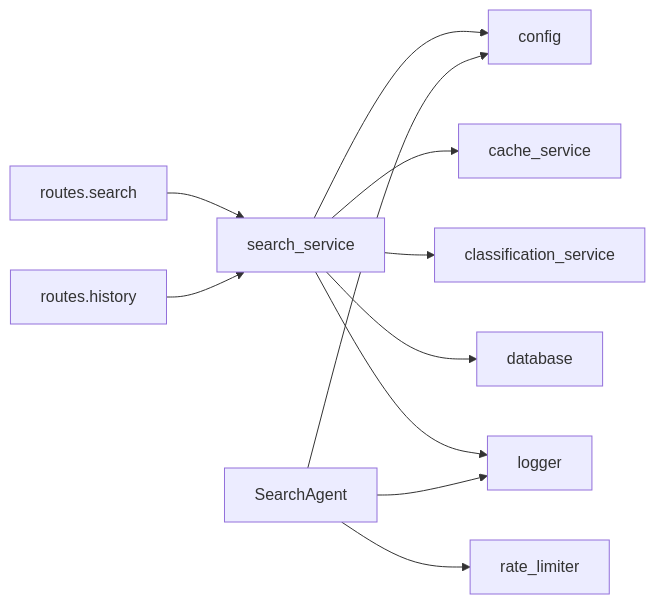
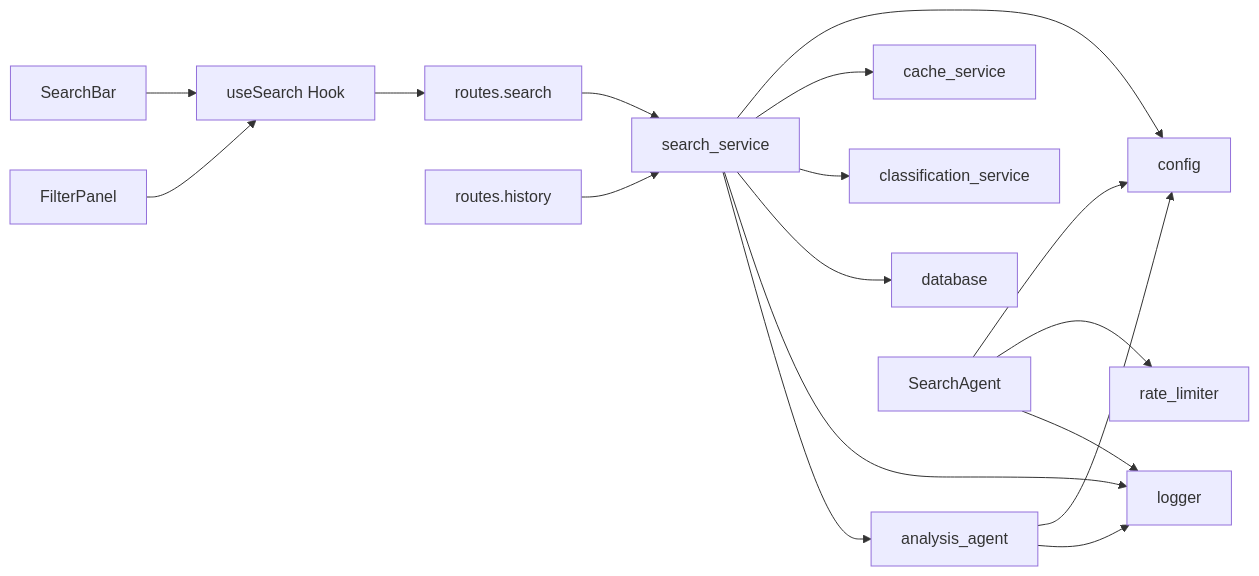
Before and after one commit to wangdy21/search_is_all_you_need: the eighth of 8 diagrams in .qoder/repowiki/zh/content/后端开发指南/服务层架构/搜索服务.md, drawn with Mermaid. The commit also changed other lines of this file and 11 other files, not shown here.

````diff
--- a/.qoder/repowiki/zh/content/后端开发指南/服务层架构/搜索服务.md
+++ b/.qoder/repowiki/zh/content/后端开发指南/服务层架构/搜索服务.md
@@ -318,13 +445,19 @@
 ```mermaid
 graph LR
 RT_search["routes.search"] --> SVC_search["search_service"]
 SVC_search --> CFG["config"]
 SVC_search --> CS["cache_service"]
 SVC_search --> CL["classification_service"]
 SVC_search --> DB["database"]
 SVC_search --> LOG["logger"]
+SVC_search --> AG_analysis["analysis_agent"]
 AG["SearchAgent"] --> CFG
 AG --> RL["rate_limiter"]
 AG --> LOG
+AG_analysis --> CFG
+AG_analysis --> LOG
 RT_history["routes.history"] --> SVC_search
+FE_useSearch["useSearch Hook"] --> RT_search
+FE_SearchBar["SearchBar"] --> FE_useSearch
+FE_FilterPanel["FilterPanel"] --> FE_useSearch
 ```
````
